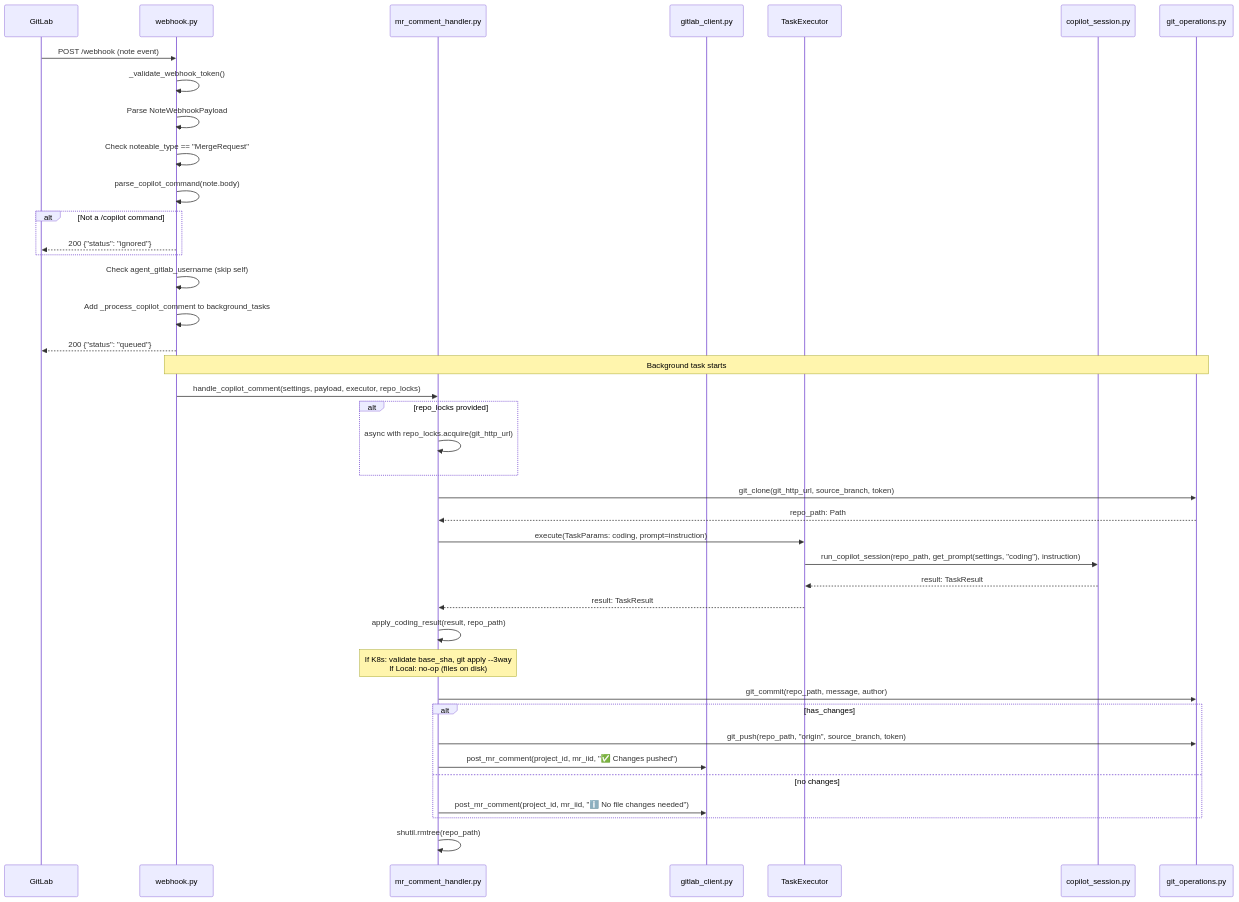
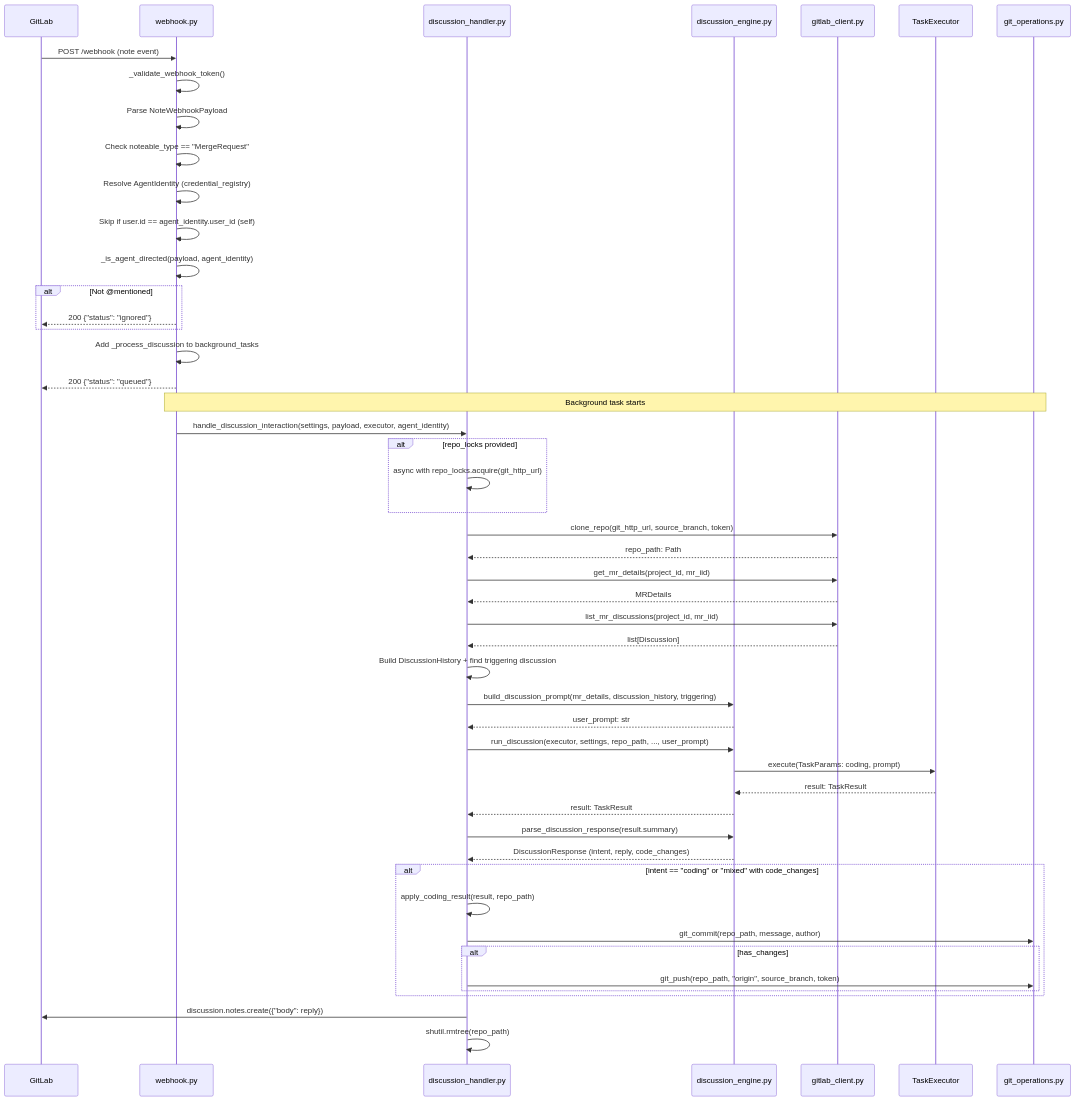
One commit to peteroden/gitlab-copilot-agent changed the second of 5 diagrams in docs/wiki/request-flows.md. Above: the diagram before and after it, drawn with Mermaid. The commit also changed other lines of this file and 29 other files, not shown here.

````diff
--- a/docs/wiki/request-flows.md
+++ b/docs/wiki/request-flows.md
@@ -104,50 +104,59 @@
 ```mermaid
 sequenceDiagram
     participant GL as GitLab
     participant WH as webhook.py
-    participant MRC as mr_comment_handler.py
+    participant DH as discussion_handler.py
+    participant DE as discussion_engine.py
     participant GLCL as gitlab_client.py
     participant EXEC as TaskExecutor
-    participant COP as copilot_session.py
     participant GIT as git_operations.py
-    
+
     GL->>WH: POST /webhook (note event)
     WH->>WH: _validate_webhook_token()
     WH->>WH: Parse NoteWebhookPayload
     WH->>WH: Check noteable_type == "MergeRequest"
-    WH->>WH: parse_copilot_command(note.body)
-    alt Not a /copilot command
+    WH->>WH: Resolve AgentIdentity (credential_registry)
+    WH->>WH: Skip if user.id == agent_identity.user_id (self)
+    WH->>WH: _is_agent_directed(payload, agent_identity)
+    alt Not @mentioned
         WH-->>GL: 200 {"status": "ignored"}
     end
-    WH->>WH: Check agent_gitlab_username (skip self)
-    WH->>WH: Add _process_copilot_comment to background_tasks
+    WH->>WH: Add _process_discussion to background_tasks
     WH-->>GL: 200 {"status": "queued"}
-    
+
     Note over WH,GIT: Background task starts
-    
-    WH->>MRC: handle_copilot_comment(settings, payload, executor, repo_locks)
+
+    WH->>DH: handle_discussion_interaction(settings, payload, executor, agent_identity)
     alt repo_locks provided
-        MRC->>MRC: async with repo_locks.acquire(git_http_url)
+        DH->>DH: async with repo_locks.acquire(git_http_url)
     end
-    
-    MRC->>GIT: git_clone(git_http_url, source_branch, token)
-    GIT-->>MRC: repo_path: Path
-    
-    MRC->>EXEC: execute(TaskParams: coding, prompt=instruction)
-    EXEC->>COP: run_copilot_session(repo_path, get_prompt(settings, "coding"), instruction)
-    COP-->>EXEC: result: TaskResult
-    EXEC-->>MRC: result: TaskResult
-    
-    MRC->>MRC: apply_coding_result(result, repo_path)
-    Note over MRC: If K8s: validate base_sha, git apply --3way<br/>If Local: no-op (files on disk)
-    
-    MRC->>GIT: git_commit(repo_path, message, author)
-    alt has_changes
-        MRC->>GIT: git_push(repo_path, "origin", source_branch, token)
-        MRC->>GLCL: post_mr_comment(project_id, mr_iid, "✅ Changes pushed")
-    else no changes
-        MRC->>GLCL: post_mr_comment(project_id, mr_iid, "ℹ️ No file changes needed")
+
+    DH->>GLCL: clone_repo(git_http_url, source_branch, token)
+    GLCL-->>DH: repo_path: Path
+
+    DH->>GLCL: get_mr_details(project_id, mr_iid)
+    GLCL-->>DH: MRDetails
+    DH->>GLCL: list_mr_discussions(project_id, mr_iid)
+    GLCL-->>DH: list[Discussion]
+    DH->>DH: Build DiscussionHistory + find triggering discussion
+
+    DH->>DE: build_discussion_prompt(mr_details, discussion_history, triggering)
+    DE-->>DH: user_prompt: str
+    DH->>DE: run_discussion(executor, settings, repo_path, ..., user_prompt)
+    DE->>EXEC: execute(TaskParams: coding, prompt)
+    EXEC-->>DE: result: TaskResult
+    DE-->>DH: result: TaskResult
+    DH->>DE: parse_discussion_response(result.summary)
+    DE-->>DH: DiscussionResponse (intent, reply, code_changes)
+
+    alt intent == "coding" or "mixed" with code_changes
+        DH->>DH: apply_coding_result(result, repo_path)
+        DH->>GIT: git_commit(repo_path, message, author)
+        alt has_changes
+            DH->>GIT: git_push(repo_path, "origin", source_branch, token)
+        end
     end
-    
-    MRC->>MRC: shutil.rmtree(repo_path)
+
+    DH->>GL: discussion.notes.create({"body": reply})
+    DH->>DH: shutil.rmtree(repo_path)
 ```
````
